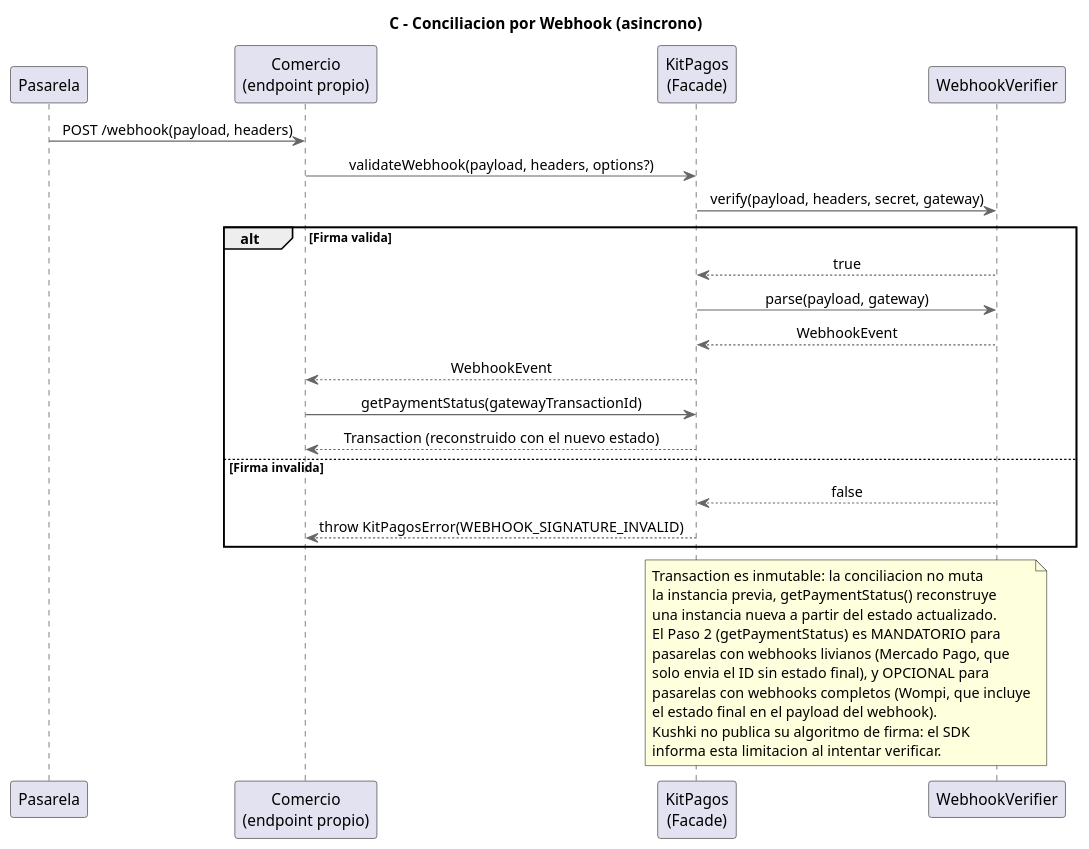
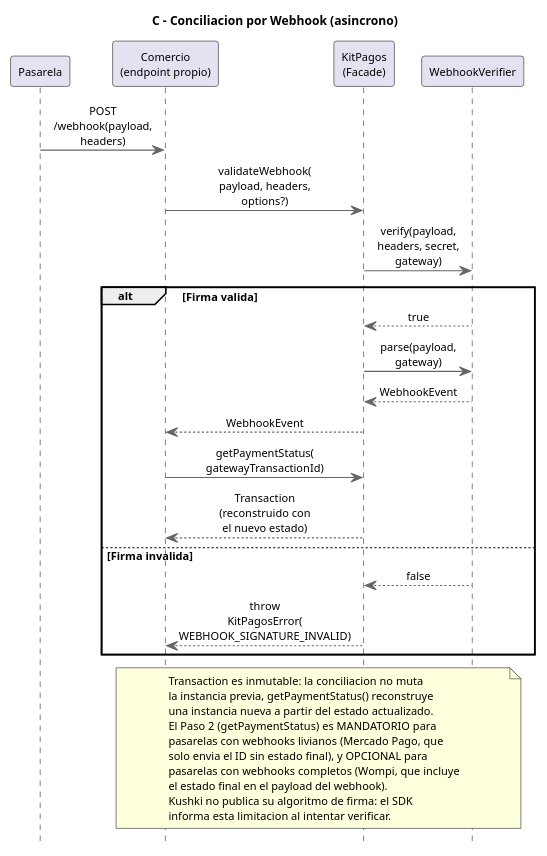
The diagram in docs/architecture/SDK/diagrams-source/sequence-webhook-conciliation.puml (PurosBrothers/Kit-Pagos-Colombia---Tesis), drawn with PlantUML before and after one commit. The commit also changed 87 other files, not shown here.

```diff
--- a/docs/architecture/SDK/diagrams-source/sequence-webhook-conciliation.puml
+++ b/docs/architecture/SDK/diagrams-source/sequence-webhook-conciliation.puml
@@ -1,42 +1,54 @@
 @startuml Sequence Diagram - Webhook Conciliation
 title C - Conciliacion por Webhook (asincrono)
 skinparam backgroundColor white
+skinparam defaultFontName Helvetica
+skinparam defaultFontSize 10
+skinparam titleFontSize 11
+skinparam ParticipantFontSize 10
+skinparam ActorFontSize 10
+skinparam ArrowFontSize 10
+skinparam NoteFontSize 10
+skinparam SequenceGroupFontSize 10
+skinparam SequenceGroupHeaderFontSize 10
+skinparam SequenceDividerFontSize 10
+skinparam maxMessageSize 90
+hide footbox
 skinparam sequenceMessageAlign center
 skinparam ArrowColor #666666
 skinparam LifeLineBorderColor #666666
 
 participant "Pasarela" as Pasarela
 participant "Comercio\n(endpoint propio)" as Comercio
 participant "KitPagos\n(Facade)" as Facade
 participant "WebhookVerifier" as Verifier
 
 Pasarela -> Comercio : POST /webhook(payload, headers)
-Comercio -> Facade : validateWebhook(payload, headers, options?)
-Facade -> Verifier : verify(payload, headers, secret, gateway)
+Comercio -> Facade : validateWebhook(\npayload, headers,\noptions?)
+Facade -> Verifier : verify(payload,\nheaders, secret,\ngateway)
 
 alt Firma valida
   Verifier --> Facade : true
   Facade -> Verifier : parse(payload, gateway)
   Verifier --> Facade : WebhookEvent
   Facade --> Comercio : WebhookEvent
-  Comercio -> Facade : getPaymentStatus(gatewayTransactionId)
+  Comercio -> Facade : getPaymentStatus(\ngatewayTransactionId)
   Facade --> Comercio : Transaction (reconstruido con el nuevo estado)
 else Firma invalida
   Verifier --> Facade : false
-  Facade --> Comercio : throw KitPagosError(WEBHOOK_SIGNATURE_INVALID)
+  Facade --> Comercio : throw KitPagosError(\nWEBHOOK_SIGNATURE_INVALID)
 end
 
-note over Facade, Verifier
+note over Comercio, Verifier
   Transaction es inmutable: la conciliacion no muta
   la instancia previa, getPaymentStatus() reconstruye
   una instancia nueva a partir del estado actualizado.
   El Paso 2 (getPaymentStatus) es MANDATORIO para
   pasarelas con webhooks livianos (Mercado Pago, que
   solo envia el ID sin estado final), y OPCIONAL para
   pasarelas con webhooks completos (Wompi, que incluye
   el estado final en el payload del webhook).
   Kushki no publica su algoritmo de firma: el SDK
   informa esta limitacion al intentar verificar.
 end note
 
 @enduml
```
